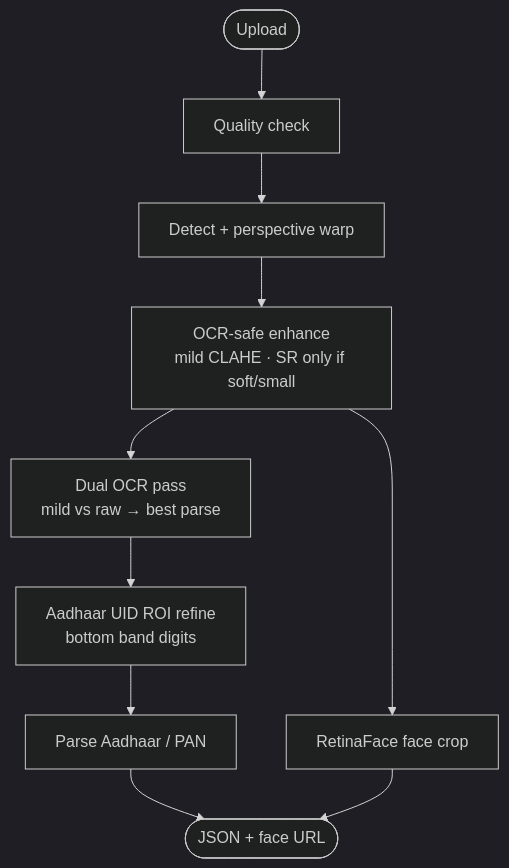
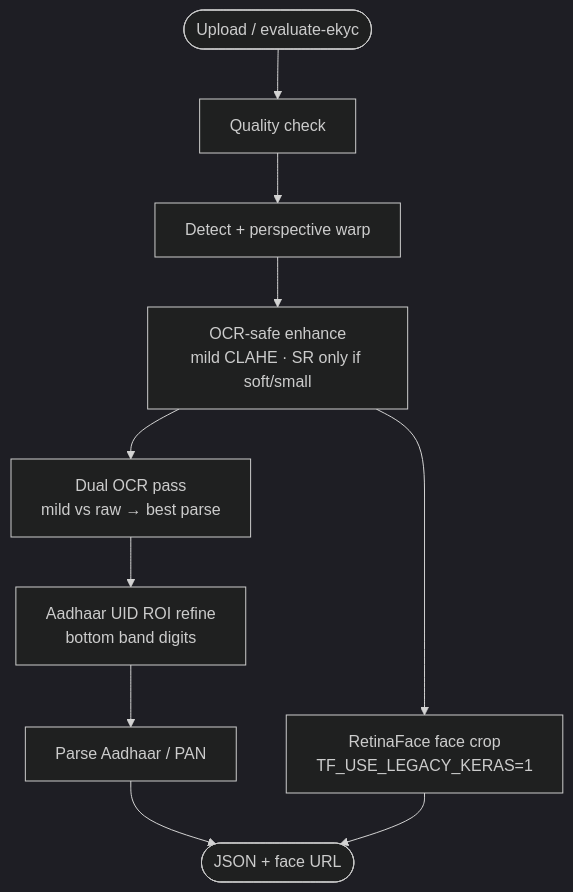
The fourth of 5 diagrams in README.md (Saravanan2005real/zudoc-doctor-portal-EKYC), drawn with Mermaid (dark theme) before and after one commit. The commit also changed other lines of this file and 18 other files, not shown here.

First line of the commit message:
Improve Step 4 liveness and sync architecture docs with in-process OCR.

````diff
--- a/README.md
+++ b/README.md
@@ -188,12 +190,12 @@
 ```mermaid
 flowchart TD
-  U([Upload]) --> Q[Quality check]
+  U([Upload / evaluate-ekyc]) --> Q[Quality check]
   Q --> W[Detect + perspective warp]
   W --> E["OCR-safe enhance<br/>mild CLAHE · SR only if soft/small"]
-  E --> FACE[RetinaFace face crop]
+  E --> FACE[RetinaFace face crop<br/>TF_USE_LEGACY_KERAS=1]
   E --> PASS["Dual OCR pass<br/>mild vs raw → best parse"]
   PASS --> ROI["Aadhaar UID ROI refine<br/>bottom band digits"]
   ROI --> P[Parse Aadhaar / PAN]
   P --> R([JSON + face URL])
   FACE --> R
 ```
````
